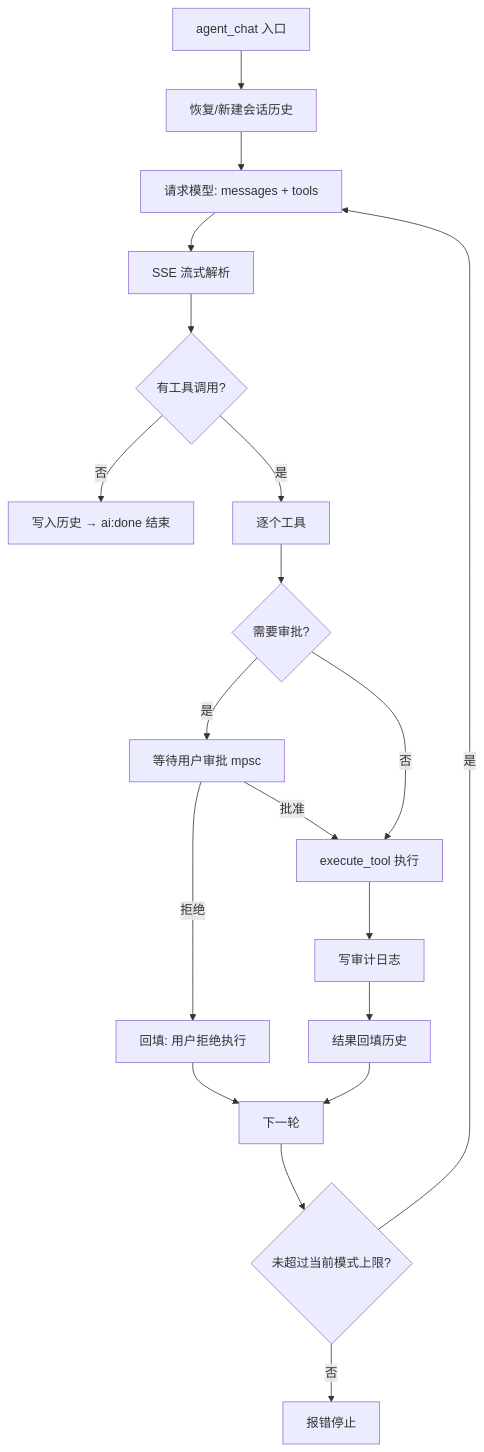
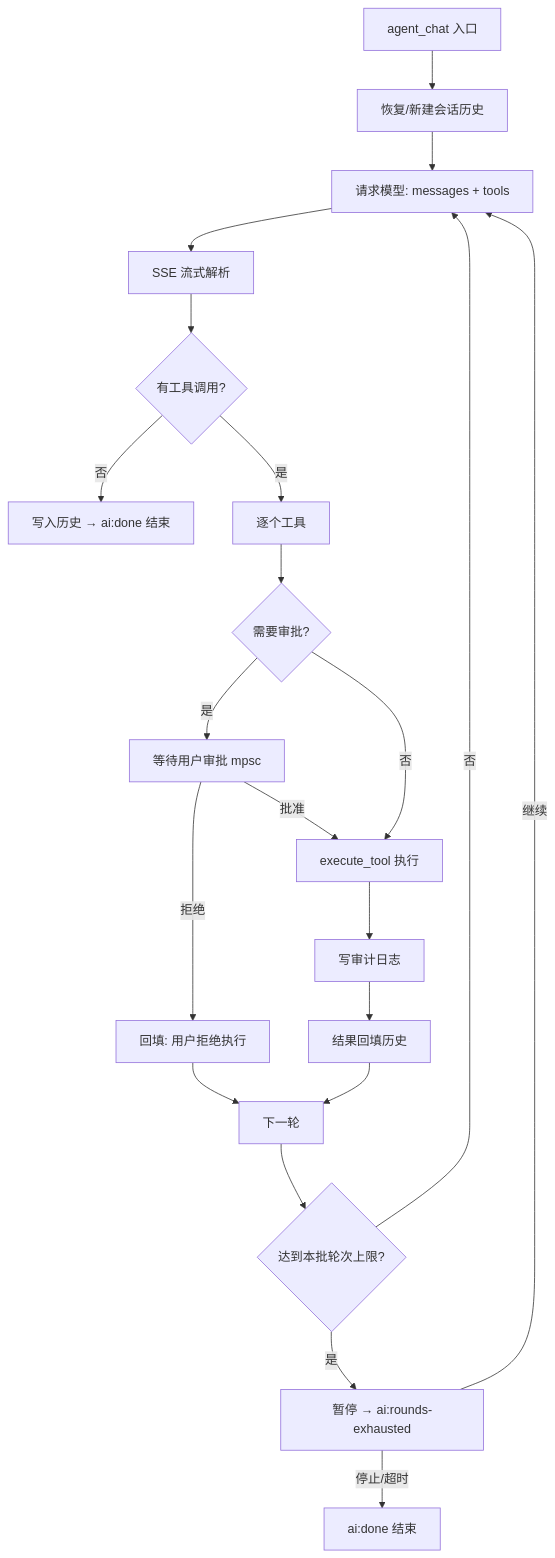
The first of 3 diagrams in docs/自研AI-Agent与权限设计.md (shaguocgl/buff-term), drawn with Mermaid before and after one commit. The commit also changed other lines of this file and 24 other files, not shown here.

````diff
--- a/docs/自研AI-Agent与权限设计.md
+++ b/docs/自研AI-Agent与权限设计.md
@@ -29,21 +29,23 @@
 ```mermaid
 flowchart TD
   S[agent_chat 入口] --> H[恢复/新建会话历史]
   H --> REQ[请求模型: messages + tools]
   REQ --> SSE[SSE 流式解析]
   SSE --> TC{有工具调用?}
   TC -->|否| DONE[写入历史 → ai:done 结束]
   TC -->|是| T[逐个工具]
   T --> AP{需要审批?}
   AP -->|是| WAIT[等待用户审批 mpsc]
   WAIT -->|拒绝| FB1[回填: 用户拒绝执行]
   WAIT -->|批准| EXEC
   AP -->|否| EXEC[execute_tool 执行]
   EXEC --> AUDIT[写审计日志]
   AUDIT --> FB2[结果回填历史]
   FB1 --> NEXT[下一轮]
   FB2 --> NEXT
-  NEXT --> ITER{未超过当前模式上限?}
-  ITER -->|是| REQ
-  ITER -->|否| ERR[报错停止]
+  NEXT --> ITER{达到本批轮次上限?}
+  ITER -->|否| REQ
+  ITER -->|是| ASK[暂停 → ai:rounds-exhausted]
+  ASK -->|继续| REQ
+  ASK -->|停止/超时| DONE2[ai:done 结束]
 ```
````
